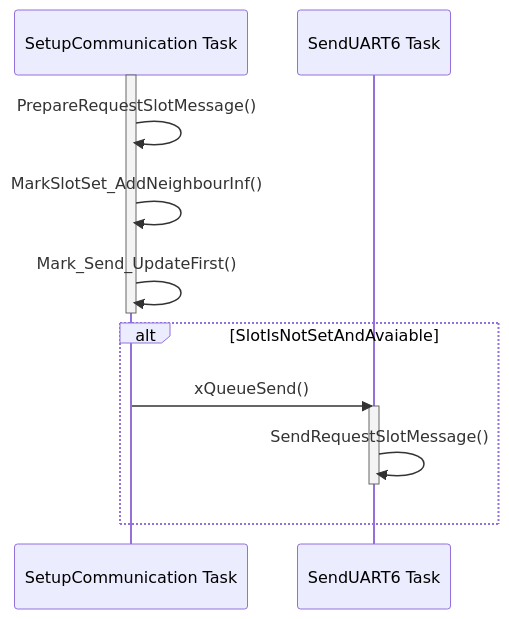
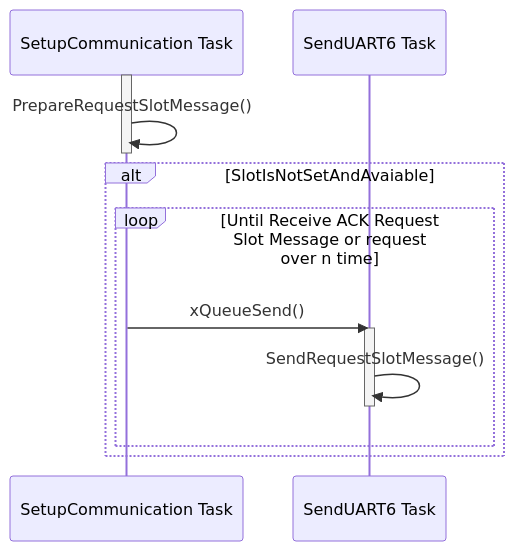
Before and after one commit to NguyenHoangTrieu/PROJECT01: the second of 4 diagrams in ReadMe/task_setup_communication.md, drawn with Mermaid. The commit also changed other lines of this file and 3 other files, not shown here.

````diff
--- a/ReadMe/task_setup_communication.md
+++ b/ReadMe/task_setup_communication.md
@@ -37,17 +37,17 @@
 ```mermaid
 sequenceDiagram
     participant Setup as SetupCommunication Task
     participant Send as SendUART6 Task
 
     activate Setup
     Setup ->> Setup: PrepareRequestSlotMessage()
-    Setup ->> Setup: MarkSlotSet_AddNeighbourInf()
-    Setup ->> Setup: Mark_Send_UpdateFirst()
     deactivate Setup
     alt SlotIsNotSetAndAvaiable
+    loop Until Receive ACK Request Slot Message or request over n time
         Setup ->> Send: xQueueSend()
         activate Send
         Send ->> Send: SendRequestSlotMessage()
         deactivate Send
     end
+    end
 ```
````
